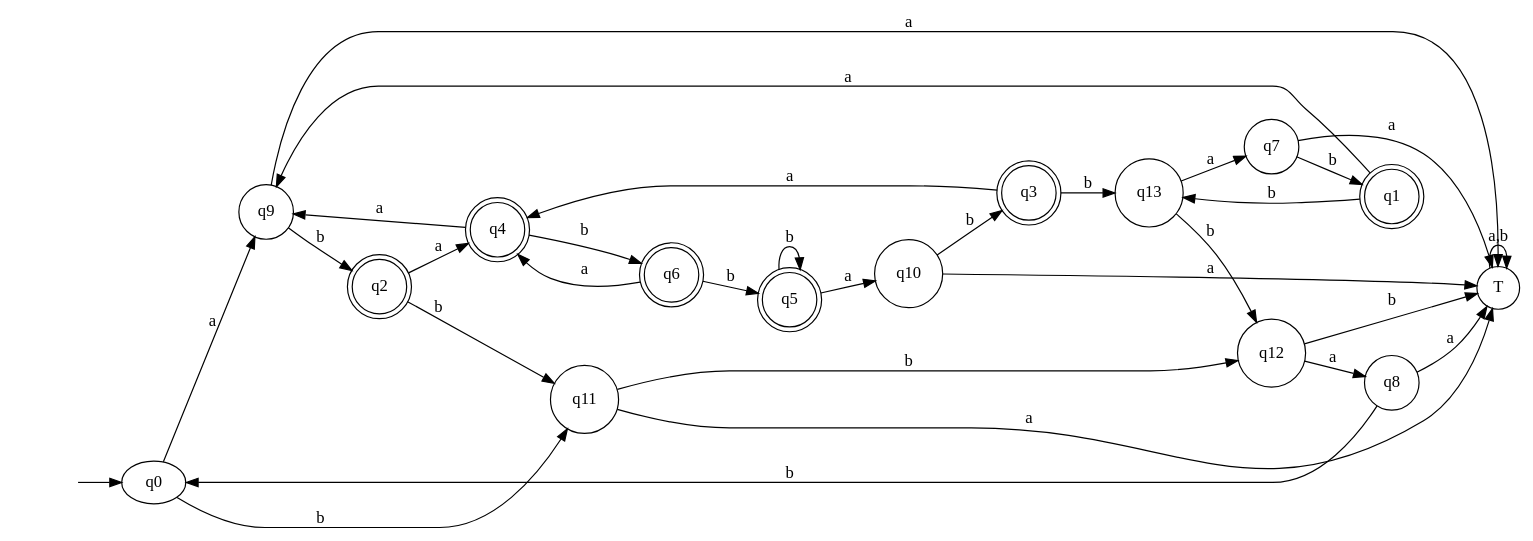
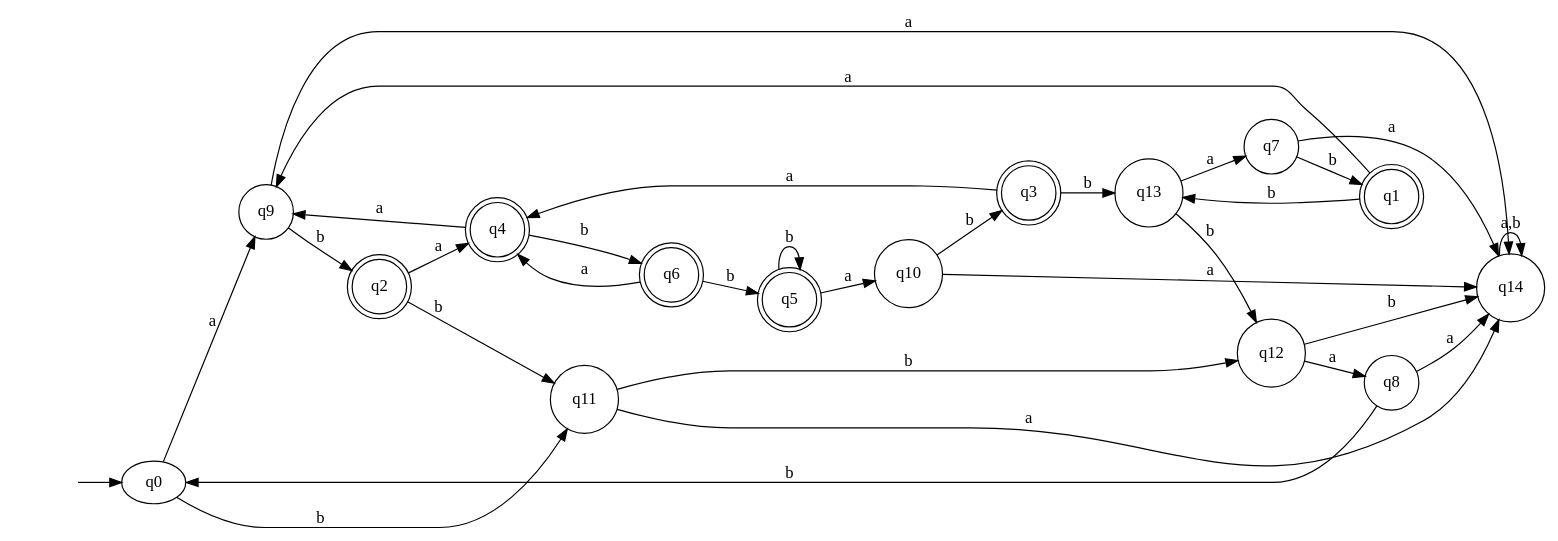
Before and after one commit to Matthew11K/formal-languages: the diagram in lab2/README.md, drawn with Graphviz. The commit also changed other lines of this file, not shown here.

````diff
--- a/lab2/README.md
+++ b/lab2/README.md
@@ -7,41 +7,41 @@
 ```dot
 digraph DFA {
     rankdir=LR;
     "" [shape=none,label=""];
     "" -> q0;
     node [shape=doublecircle]; q0 q1 q2 q3 q4 q5 q6;
     node [shape=circle]; q7 q8 q9 q10 q11 q12 q13;
-    q_dead [shape=circle,label="T"];
+    q_dead [shape=circle,label="q14"];
     
     q0 -> q9 [label="a"];
     q0 -> q11 [label="b"];
     q1 -> q9 [label="a"];
     q1 -> q13 [label="b"];
     q2 -> q4 [label="a"];
     q2 -> q11 [label="b"];
     q3 -> q4 [label="a"];
     q3 -> q13 [label="b"];
     q4 -> q9 [label="a"];
     q4 -> q6 [label="b"];
     q5 -> q10 [label="a"];
     q5 -> q5 [label="b"];
     q6 -> q4 [label="a"];
     q6 -> q5 [label="b"];
     q7 -> q_dead [label="a"];
     q7 -> q1 [label="b"];
     q8 -> q_dead [label="a"];
     q8 -> q0 [label="b"];
     q9 -> q_dead [label="a"];
     q9 -> q2 [label="b"];
     q10 -> q_dead [label="a"];
     q10 -> q3 [label="b"];
     q11 -> q_dead [label="a"];
     q11 -> q12 [label="b"];
     q12 -> q8 [label="a"];
     q12 -> q_dead [label="b"];
     q13 -> q7 [label="a"];
     q13 -> q12 [label="b"];
     q_dead -> q_dead [label="a,b"];
 }
 
 ```
````
